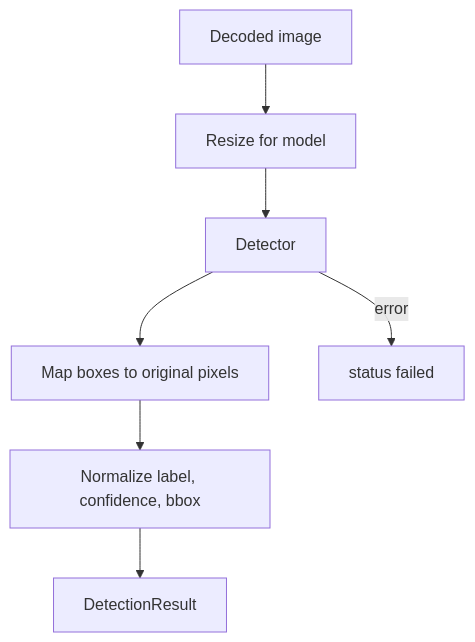
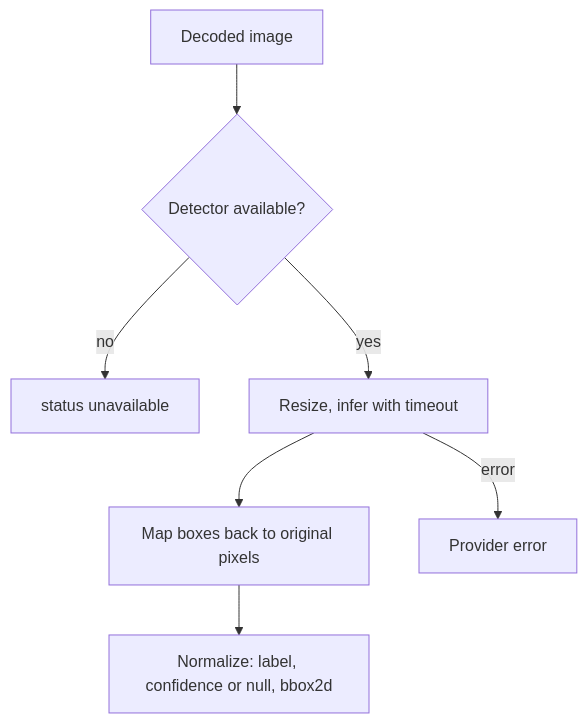
The third of 9 diagrams in docs/PROCESS_FLOWS.md (TKJ-Networkers31/VISTA_Project), drawn with Mermaid before and after one commit. The commit also changed other lines of this file and 44 other files, not shown here.

````diff
--- a/docs/PROCESS_FLOWS.md
+++ b/docs/PROCESS_FLOWS.md
@@ -31,5 +40,9 @@
 ```mermaid
 flowchart TD
-  I[Decoded image] --> PRE[Resize for model] --> DET[Detector] --> MAP[Map boxes to original pixels] --> NORM[Normalize label, confidence, bbox] --> OUT[DetectionResult]
-  DET -->|error| ERR[status failed]
+  I[Decoded image] --> R{Detector available?}
+  R -->|no| U[status unavailable]
+  R -->|yes| P[Resize, infer with timeout]
+  P --> M[Map boxes back to original pixels]
+  M --> N[Normalize: label, confidence or null, bbox2d]
+  P -->|error| E[Provider error]
 ```
````
